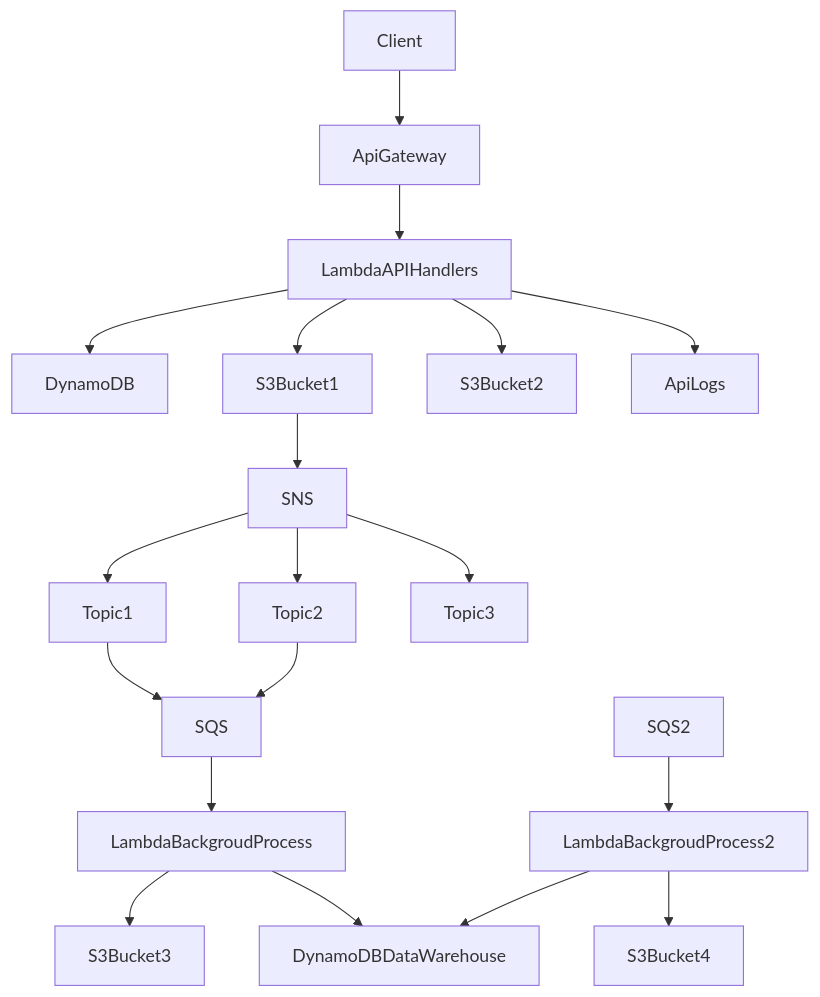
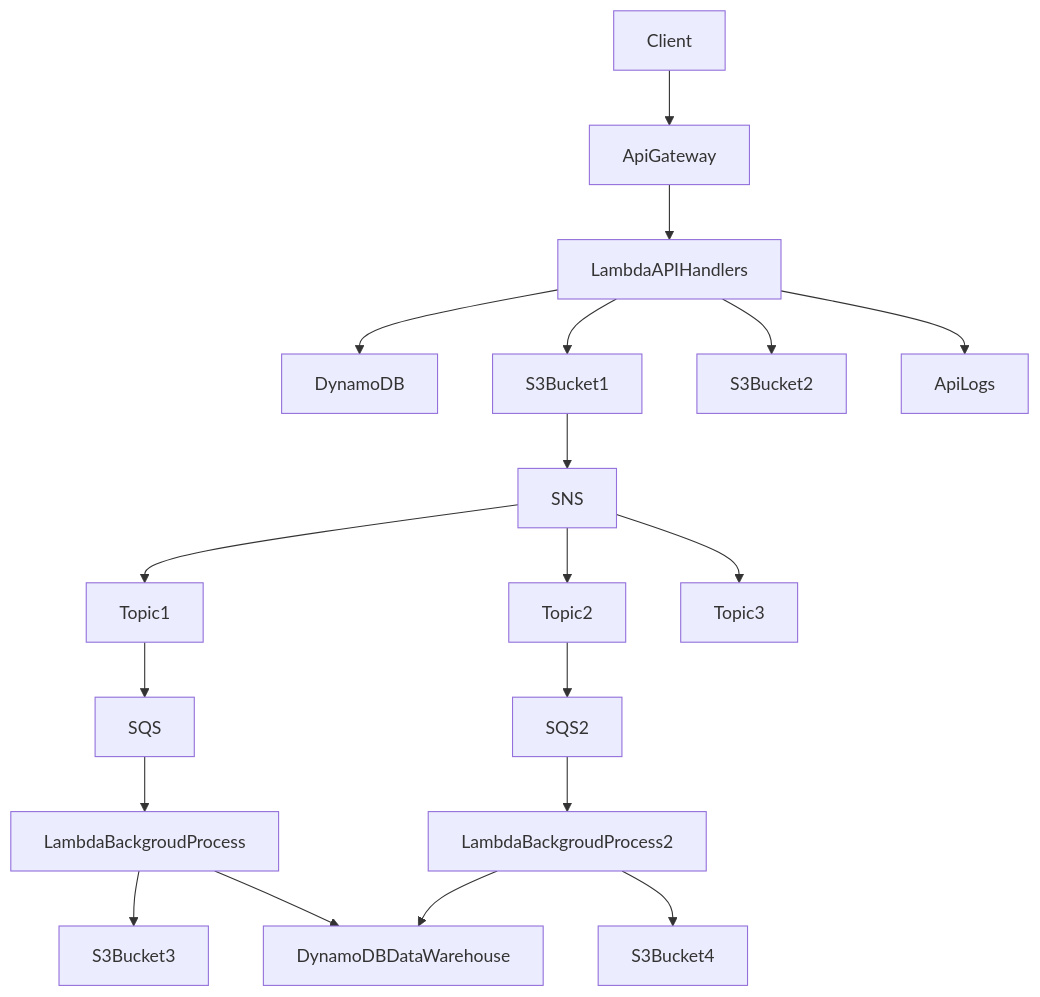
The diagram in README.md (xreyc/serverless-framework), drawn with Mermaid before and after one commit.

````diff
--- a/README.md
+++ b/README.md
@@ -10,21 +10,21 @@
 ```mermaid
 graph TD;
     Client-->ApiGateway;
     ApiGateway-->LambdaAPIHandlers;
     LambdaAPIHandlers-->DynamoDB;
     LambdaAPIHandlers-->S3Bucket1;
     LambdaAPIHandlers-->S3Bucket2;
     LambdaAPIHandlers-->ApiLogs;
     S3Bucket1-->SNS;
     SNS-->Topic1;
     SNS-->Topic2;
     SNS-->Topic3;
     Topic1-->SQS;
     SQS-->LambdaBackgroudProcess;
     LambdaBackgroudProcess-->S3Bucket3;
     LambdaBackgroudProcess-->DynamoDBDataWarehouse;
-    Topic2-->SQS;
+    Topic2-->SQS2;
     SQS2-->LambdaBackgroudProcess2;
     LambdaBackgroudProcess2-->S3Bucket4;
     LambdaBackgroudProcess2-->DynamoDBDataWarehouse;
 ```
````
